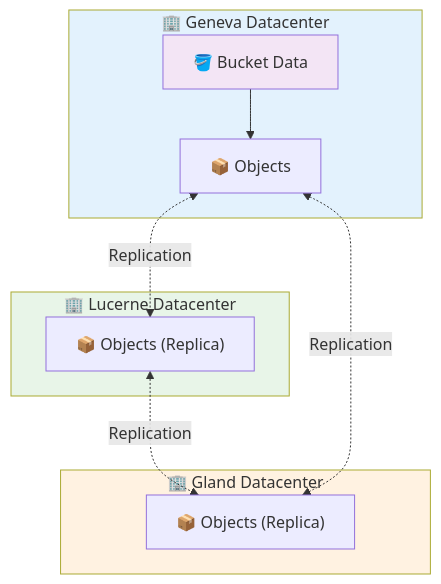
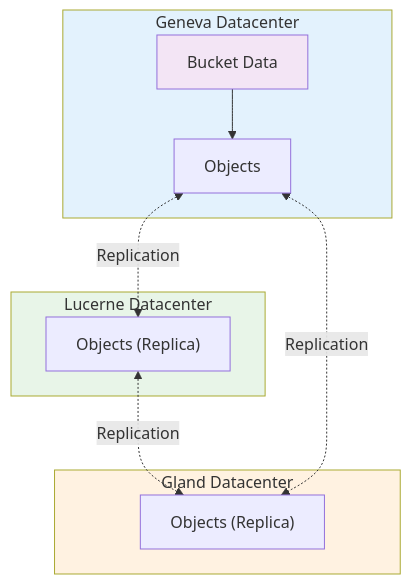
Before and after one commit to HidoraSwiss/hikube-public-doc: the diagram in i18n/en/docusaurus-plugin-content-docs/current/services/storage/buckets/overview.md, drawn with Mermaid. The commit also changed other lines of this file and 142 other files, not shown here.

First line of the commit message:
docs: retirer tous les emojis (titres, encadrés, tableaux, diagrammes)

````diff
--- a/i18n/en/docusaurus-plugin-content-docs/current/services/storage/buckets/overview.md
+++ b/i18n/en/docusaurus-plugin-content-docs/current/services/storage/buckets/overview.md
@@ -38,25 +38,25 @@
 ```mermaid
 flowchart TD
-    subgraph DC1["🏢 Geneva Datacenter"]
-        B1["🪣 Bucket Data"]
-        S1["📦 Objects"]
+    subgraph DC1["Geneva Datacenter"]
+        B1["Bucket Data"]
+        S1["Objects"]
     end
 
-    subgraph DC2["🏢 Lucerne Datacenter"]
-        S2["📦 Objects (Replica)"]
+    subgraph DC2["Lucerne Datacenter"]
+        S2["Objects (Replica)"]
     end
 
-    subgraph DC3["🏢 Gland Datacenter"]
-        S3["📦 Objects (Replica)"]
+    subgraph DC3["Gland Datacenter"]
+        S3["Objects (Replica)"]
     end
 
     B1 --> S1
     S1 <-.->|"Replication"| S2
     S2 <-.->|"Replication"| S3
     S1 <-.->|"Replication"| S3
 
     style DC1 fill:#e3f2fd
     style DC2 fill:#e8f5e8
     style DC3 fill:#fff2e1
     style B1 fill:#f3e5f5
 ```
````
